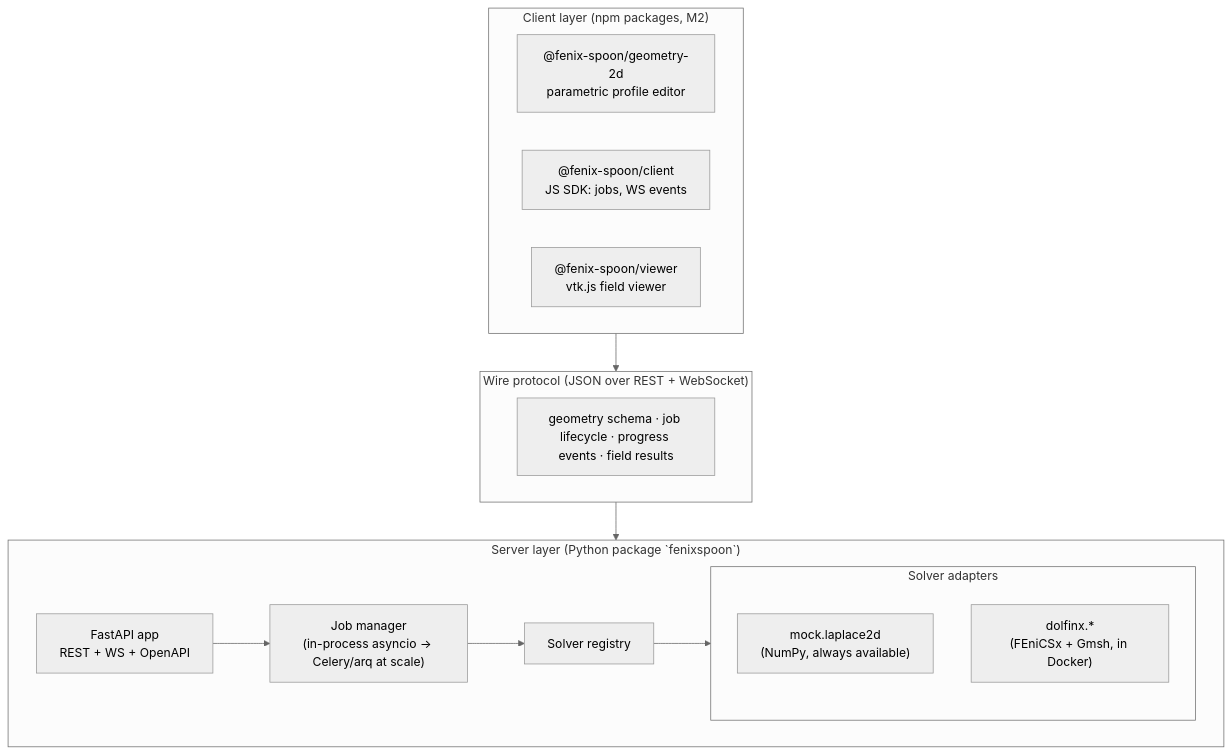
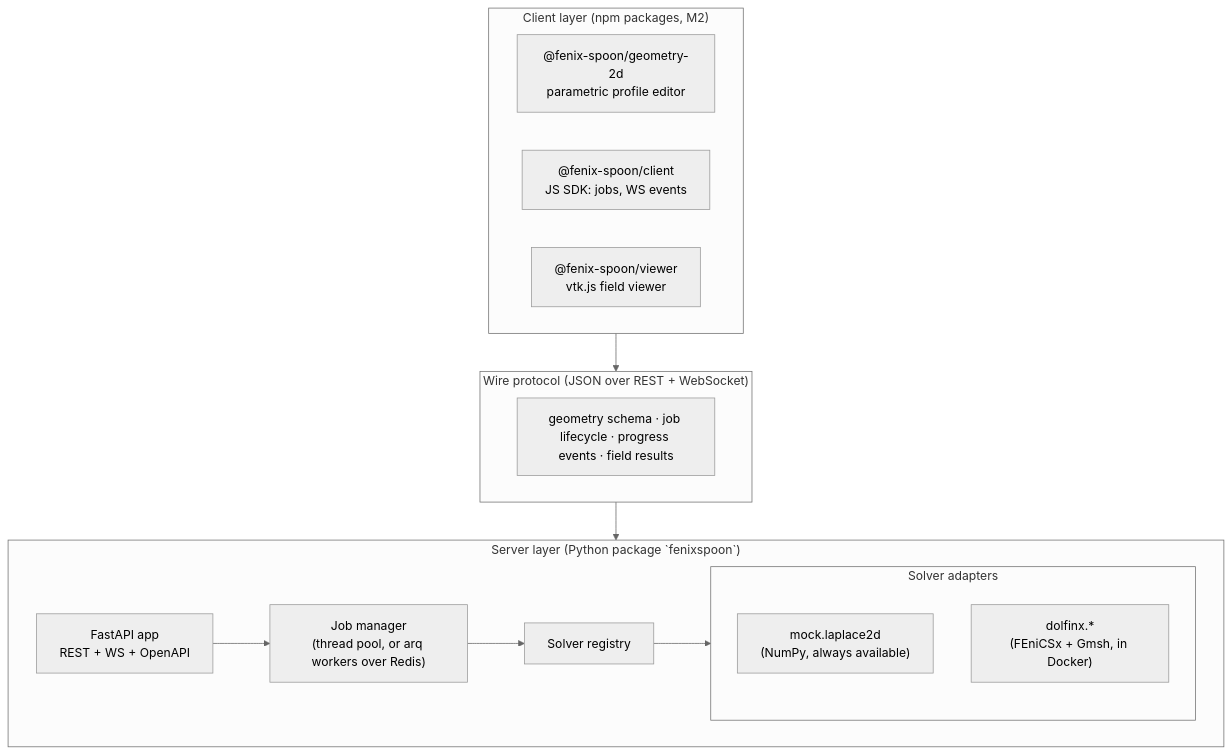
Before and after one commit to mandaloriat/fenix-spoon: the diagram in docs/02-architecture.md, drawn with Mermaid (neutral theme). The commit also changed other lines of this file and 15 other files, not shown here.

````diff
--- a/docs/02-architecture.md
+++ b/docs/02-architecture.md
@@ -6,23 +6,23 @@
 ```mermaid
 flowchart TB
     subgraph client["Client layer (npm packages, M2)"]
         direction LR
         GEO["@fenix-spoon/geometry-2d<br/>parametric profile editor"]
         SDK["@fenix-spoon/client<br/>JS SDK: jobs, WS events"]
         VIEW["@fenix-spoon/viewer<br/>vtk.js field viewer"]
     end
     subgraph proto["Wire protocol (JSON over REST + WebSocket)"]
         P1["geometry schema · job lifecycle · progress events · field results"]
     end
     subgraph server["Server layer (Python package `fenixspoon`)"]
         API["FastAPI app<br/>REST + WS + OpenAPI"]
-        JOBS["Job manager<br/>(in-process asyncio → Celery/arq at scale)"]
+        JOBS["Job manager<br/>(thread pool, or arq workers over Redis)"]
         REG["Solver registry"]
         subgraph adapters["Solver adapters"]
             MOCK["mock.laplace2d<br/>(NumPy, always available)"]
             DFX["dolfinx.*<br/>(FEniCSx + Gmsh, in Docker)"]
         end
     end
     client --> proto --> server
     API --> JOBS --> REG --> adapters
 ```
````
